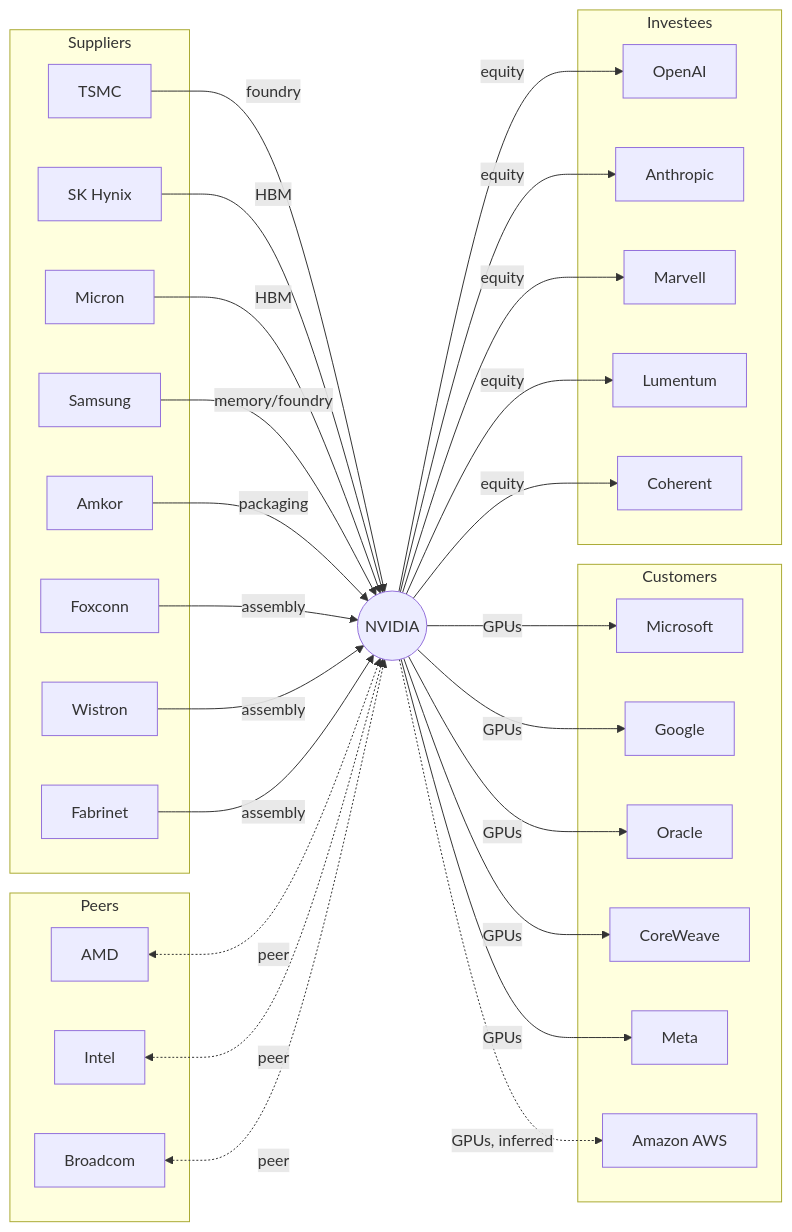
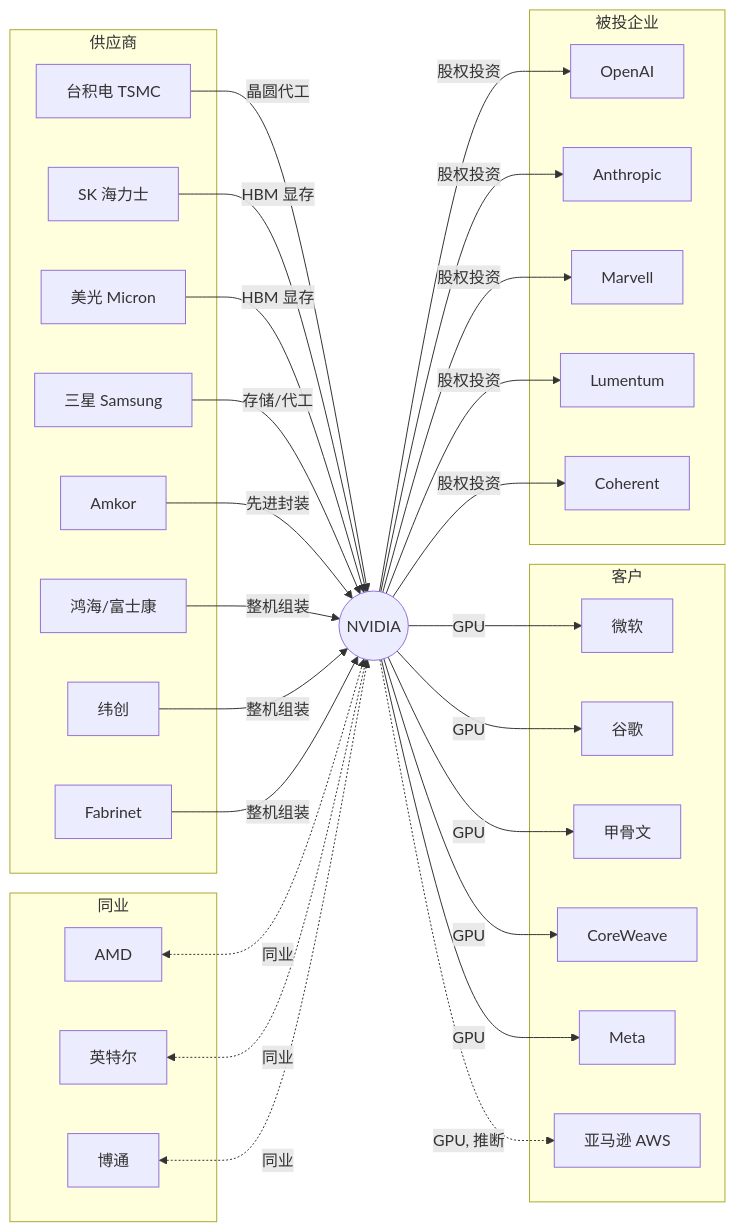
One commit to Duckweed-yhb/ProofWeave changed the diagram in README.md. Above: the diagram before and after it, drawn with Mermaid. The commit also changed other lines of this file and 1 other file, not shown here.

````diff
--- a/README.md
+++ b/README.md
@@ -27,64 +29,64 @@
 ```mermaid
 graph LR
   NVDA((NVIDIA))
 
-  subgraph Suppliers
-    TSMC[TSMC]
-    SKH[SK Hynix]
-    MU[Micron]
-    SS[Samsung]
+  subgraph 供应商
+    TSMC[台积电 TSMC]
+    SKH[SK 海力士]
+    MU[美光 Micron]
+    SS[三星 Samsung]
     AMKR[Amkor]
-    FXA[Foxconn]
-    WST[Wistron]
+    FXA[鸿海/富士康]
+    WST[纬创]
     FN[Fabrinet]
   end
 
-  subgraph Customers
-    MSFT[Microsoft]
-    GOOG[Google]
-    ORCL[Oracle]
+  subgraph 客户
+    MSFT[微软]
+    GOOG[谷歌]
+    ORCL[甲骨文]
     CRWV[CoreWeave]
     META[Meta]
-    AMZN[Amazon AWS]
+    AMZN[亚马逊 AWS]
   end
 
-  subgraph Investees
+  subgraph 被投企业
     OAI[OpenAI]
     ANTH[Anthropic]
     MRVL[Marvell]
     LITE[Lumentum]
     COHR[Coherent]
   end
 
-  subgraph Peers
+  subgraph 同业
     AMD[AMD]
-    INTC[Intel]
-    AVGO[Broadcom]
+    INTC[英特尔]
+    AVGO[博通]
   end
 
-  TSMC -->|foundry| NVDA
-  SKH -->|HBM| NVDA
-  MU -->|HBM| NVDA
-  SS -->|memory/foundry| NVDA
-  AMKR -->|packaging| NVDA
-  FXA -->|assembly| NVDA
-  WST -->|assembly| NVDA
-  FN -->|assembly| NVDA
+  TSMC -->|晶圆代工| NVDA
+  SKH -->|HBM 显存| NVDA
+  MU -->|HBM 显存| NVDA
+  SS -->|存储/代工| NVDA
+  AMKR -->|先进封装| NVDA
+  FXA -->|整机组装| NVDA
+  WST -->|整机组装| NVDA
+  FN -->|整机组装| NVDA
 
-  NVDA -->|GPUs| MSFT
-  NVDA -->|GPUs| GOOG
-  NVDA -->|GPUs| ORCL
-  NVDA -->|GPUs| CRWV
-  NVDA -->|GPUs| META
-  NVDA -.->|GPUs, inferred| AMZN
+  NVDA -->|GPU| MSFT
+  NVDA -->|GPU| GOOG
+  NVDA -->|GPU| ORCL
+  NVDA -->|GPU| CRWV
+  NVDA -->|GPU| META
+  NVDA -.->|GPU, 推断| AMZN
 
-  NVDA -->|equity| OAI
-  NVDA -->|equity| ANTH
-  NVDA -->|equity| MRVL
-  NVDA -->|equity| LITE
-  NVDA -->|equity| COHR
+  NVDA -->|股权投资| OAI
+  NVDA -->|股权投资| ANTH
+  NVDA -->|股权投资| MRVL
+  NVDA -->|股权投资| LITE
+  NVDA -->|股权投资| COHR
 
-  AMD <-.->|peer| NVDA
-  INTC <-.->|peer| NVDA
-  AVGO <-.->|peer| NVDA
+  AMD <-.->|同业| NVDA
+  INTC <-.->|同业| NVDA
+  AVGO <-.->|同业| NVDA
 ```
````
